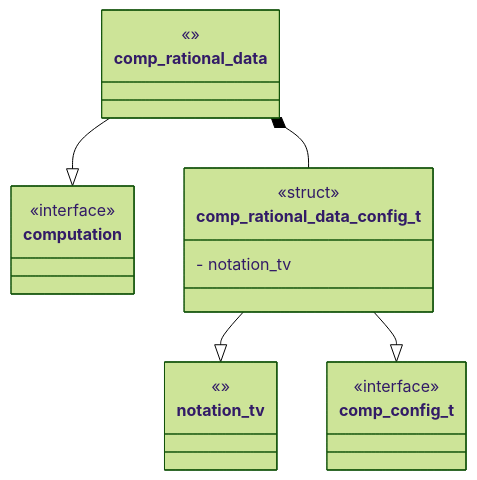
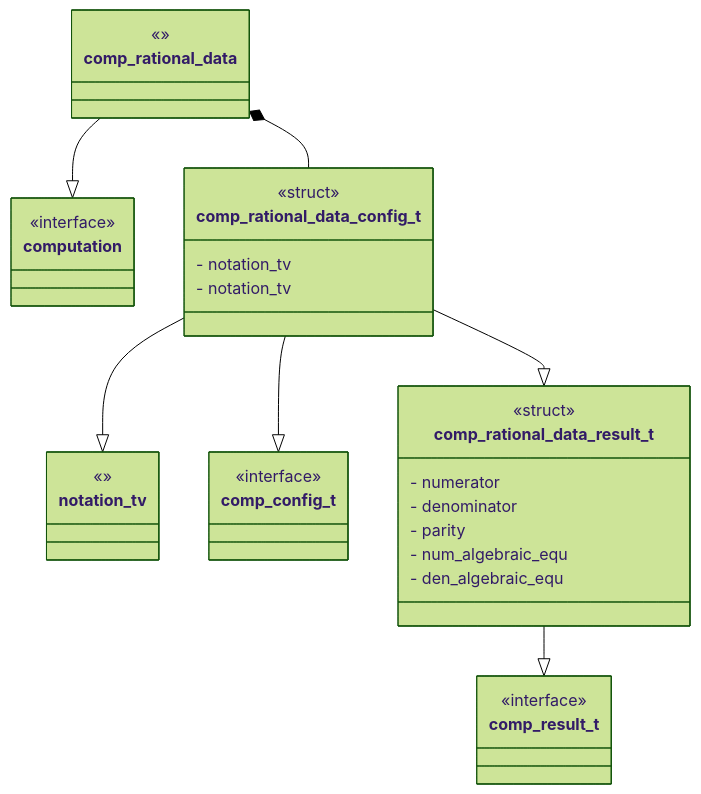
One commit to Uiowa-Applied-Topology/tanglenomicon_core_libraries changed the diagram in source/comp-rational_data/unit-description.md. Above: the diagram before and after it, drawn with Mermaid (forest theme). The commit also changed other lines of this file, not shown here.

Commit message:
Parital reformat of comp-rational_data

````diff
--- a/source/comp-rational_data/unit-description.md
+++ b/source/comp-rational_data/unit-description.md
@@ -3,32 +3,48 @@
 ```mermaid
 classDiagram
     comp_rational_data --|> computation
     comp_rational_data_config_t --|> notation_tv
     comp_rational_data_config_t --|> comp_config_t
+    comp_rational_data_config_t --|> comp_rational_data_result_t
+    comp_rational_data_result_t --|> comp_result_t
     comp_rational_data *-- comp_rational_data_config_t
 
     class computation {
         <<interface>>
     }
 
     class comp_rational_data {
 <<>>
 }
 
 class notation_tv{
 <<>>
 }
 
 class comp_rational_data_config_t {
 <<struct>>
 - notation_tv
+- notation_tv
 
+}
+
+class comp_rational_data_result_t {
+<<struct>>
+- numerator
+- denominator
+- parity
+- num_algebraic_equ
+- den_algebraic_equ
 }
 
 class comp_config_t {
 <<interface>>
 
 }
+class comp_result_t {
+<<interface>>
+
+}
 
 
 ```
````
